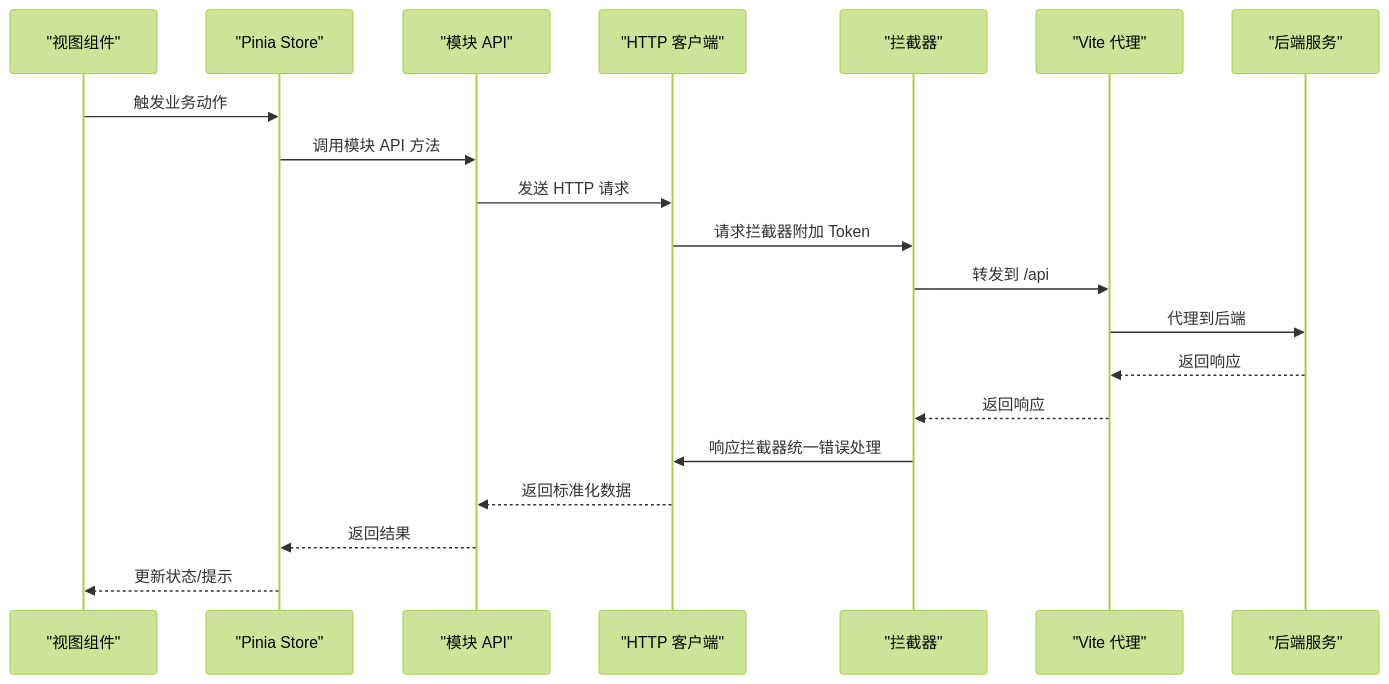
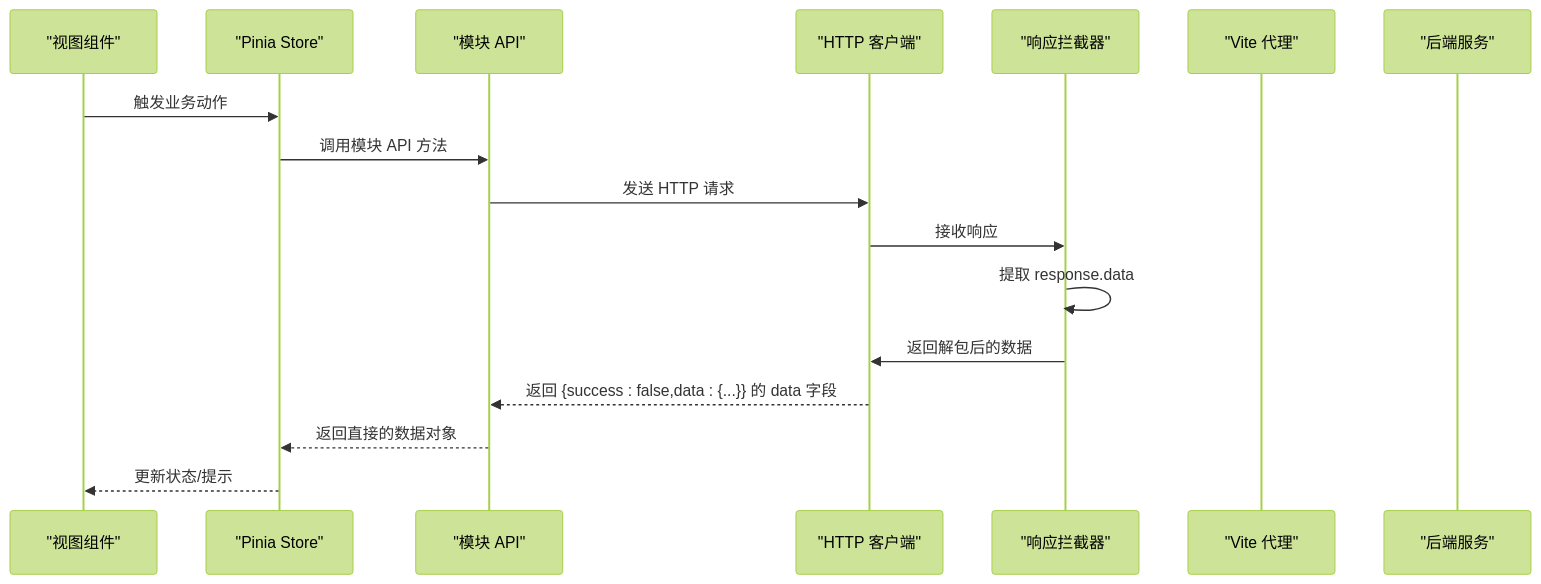
Before and after one commit to xpretycn/TingStudio: the second of 6 diagrams in .qoder/repowiki/zh/content/前端开发指南/API 客户端集成.md, drawn with Mermaid (forest theme). The commit also changed other lines of this file and 56 other files, not shown here.

````diff
--- a/.qoder/repowiki/zh/content/前端开发指南/API 客户端集成.md
+++ b/.qoder/repowiki/zh/content/前端开发指南/API 客户端集成.md
@@ -97,22 +112,19 @@
 ```mermaid
 sequenceDiagram
 participant View as "视图组件"
 participant Store as "Pinia Store"
 participant API as "模块 API"
 participant HTTP as "HTTP 客户端"
-participant Inter as "拦截器"
+participant Inter as "响应拦截器"
 participant Proxy as "Vite 代理"
 participant Backend as "后端服务"
 View->>Store : 触发业务动作
 Store->>API : 调用模块 API 方法
 API->>HTTP : 发送 HTTP 请求
-HTTP->>Inter : 请求拦截器附加 Token
-Inter->>Proxy : 转发到 /api
-Proxy->>Backend : 代理到后端
-Backend-->>Proxy : 返回响应
-Proxy-->>Inter : 返回响应
-Inter->>HTTP : 响应拦截器统一错误处理
-HTTP-->>API : 返回标准化数据
-API-->>Store : 返回结果
+HTTP->>Inter : 接收响应
+Inter->>Inter : 提取 response.data
+Inter->>HTTP : 返回解包后的数据
+HTTP-->>API : 返回 {success : false,data : {...}} 的 data 字段
+API-->>Store : 返回直接的数据对象
 Store-->>View : 更新状态/提示
 ```
````
